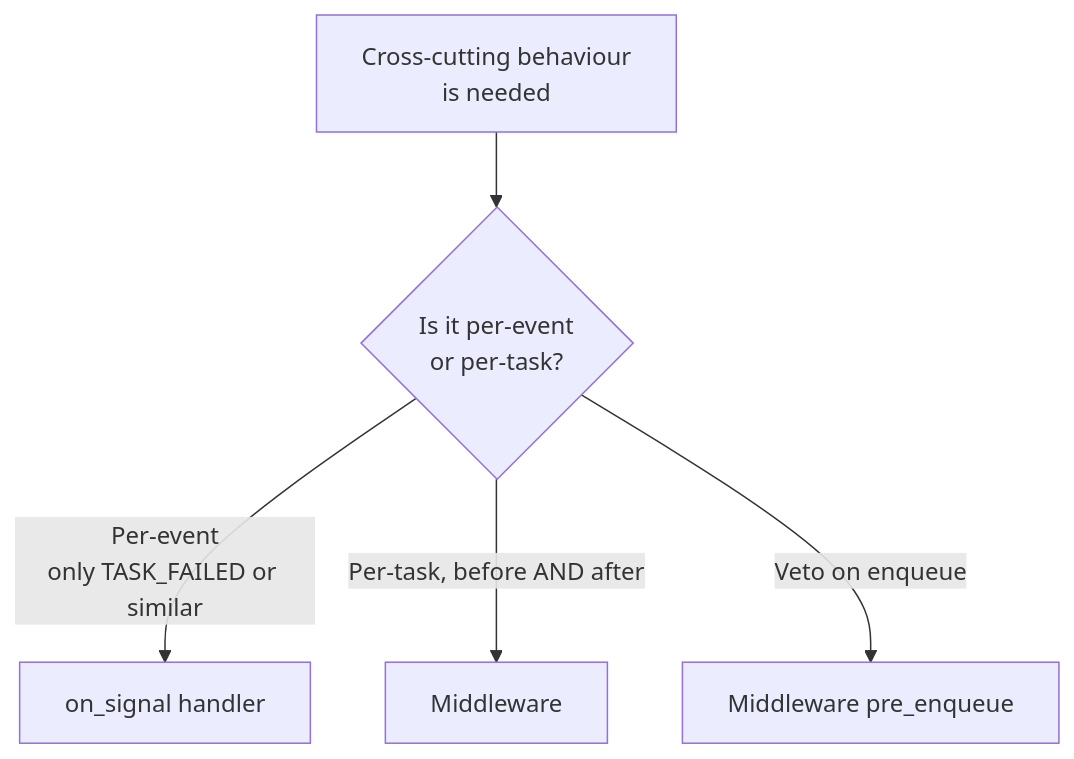
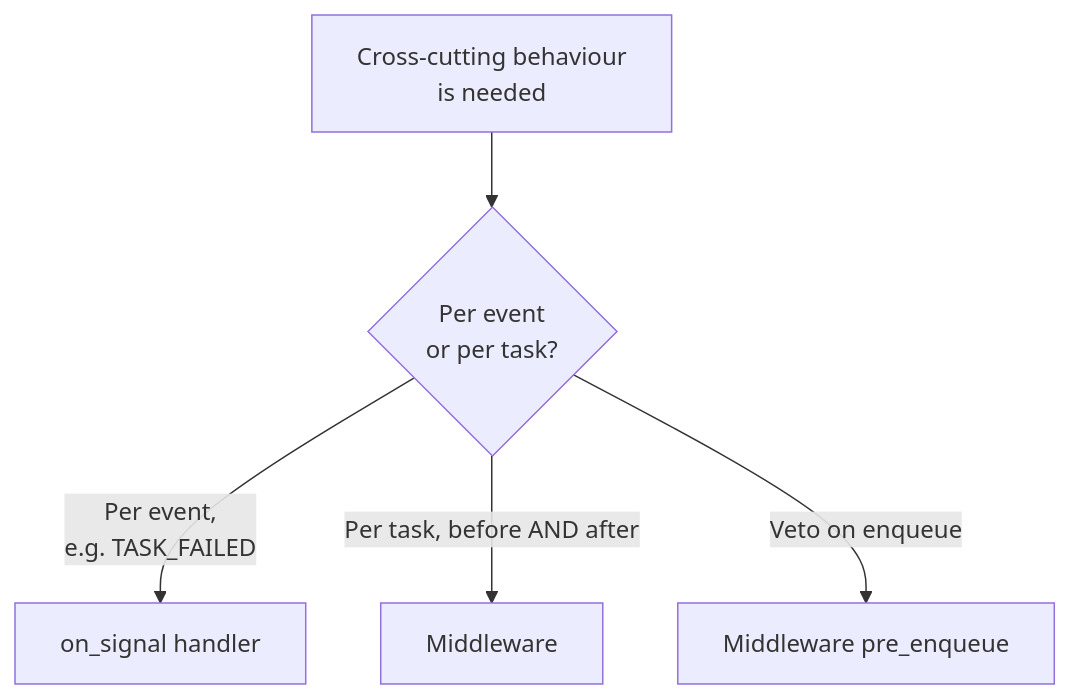
The seventh of 9 diagrams in website/reference/agent/decision-trees.md (Schorschofwill/swarmq), drawn with Mermaid before and after one commit. The commit also changed other lines of this file and 84 other files, not shown here.

````diff
--- a/website/reference/agent/decision-trees.md
+++ b/website/reference/agent/decision-trees.md
@@ -154,7 +187,7 @@
 ```mermaid
 flowchart TD
-    A[Cross-cutting behaviour<br/>is needed] --> B{Is it per-event<br/>or per-task?}
-    B -->|Per-event<br/>only TASK_FAILED or similar| C[on_signal handler]
-    B -->|Per-task, before AND after| D[Middleware]
+    A[Cross-cutting behaviour<br/>is needed] --> B{Per event<br/>or per task?}
+    B -->|Per event,<br/>e.g. TASK_FAILED| C[on_signal handler]
+    B -->|Per task, before AND after| D[Middleware]
     B -->|Veto on enqueue| E[Middleware pre_enqueue]
 ```
````
